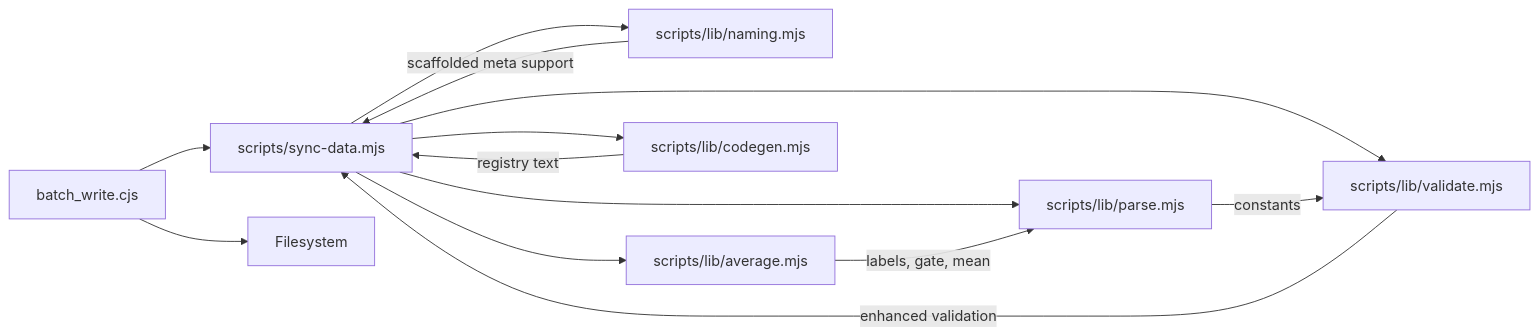
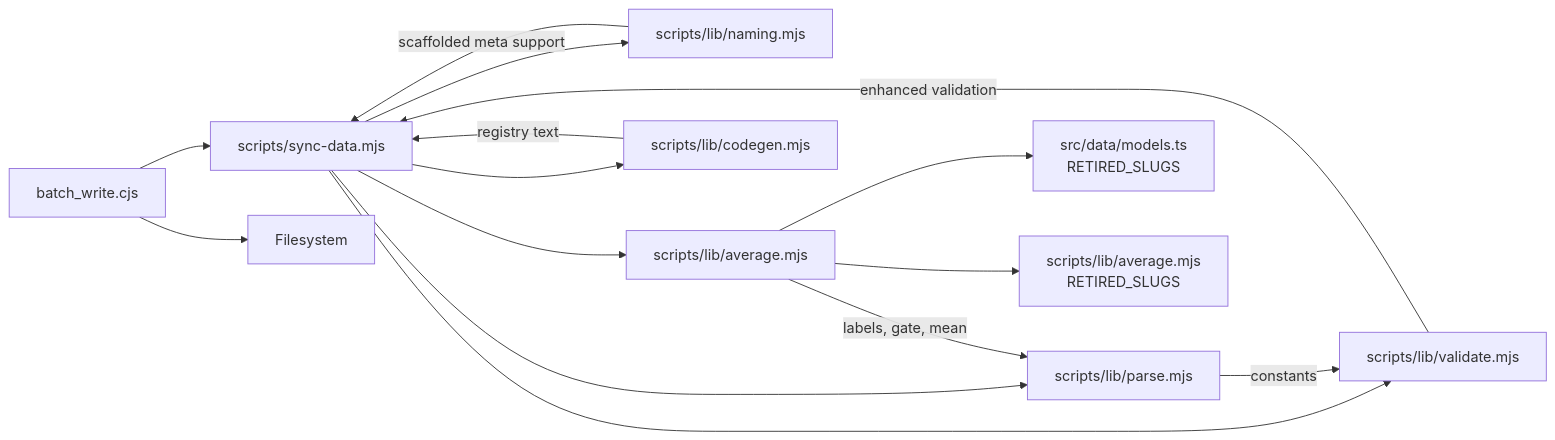
The eighth of 8 diagrams in .qoder/repowiki/en/content/Build & Development Pipeline/Build & Development Pipeline.md (delirium-dj/modelcomp), drawn with Mermaid before and after one commit. The commit also changed other lines of this file and 103 other files, not shown here.

````diff
--- a/.qoder/repowiki/en/content/Build & Development Pipeline/Build & Development Pipeline.md
+++ b/.qoder/repowiki/en/content/Build & Development Pipeline/Build & Development Pipeline.md
@@ -605,15 +686,17 @@
 ```mermaid
 graph LR
 SYNC["scripts/sync-data.mjs"] --> PARSE["scripts/lib/parse.mjs"]
 SYNC --> VALIDATE["scripts/lib/validate.mjs"]
 SYNC --> NAMING["scripts/lib/naming.mjs"]
 SYNC --> AVERAGE["scripts/lib/average.mjs"]
 SYNC --> CODEGEN["scripts/lib/codegen.mjs"]
 BATCH["batch_write.cjs"] --> FS["Filesystem"]
 PARSE --> |"constants"| VALIDATE
 AVERAGE --> |"labels, gate, mean"| PARSE
 CODEGEN --> |"registry text"| SYNC
 NAMING --> |"scaffolded meta support"| SYNC
 VALIDATE --> |"enhanced validation"| SYNC
 BATCH --> SYNC
+AVERAGE --> PARKSITE["src/data/models.ts<br/>RETIRED_SLUGS"]
+AVERAGE --> PARKAVG["scripts/lib/average.mjs<br/>RETIRED_SLUGS"]
 ```
````
